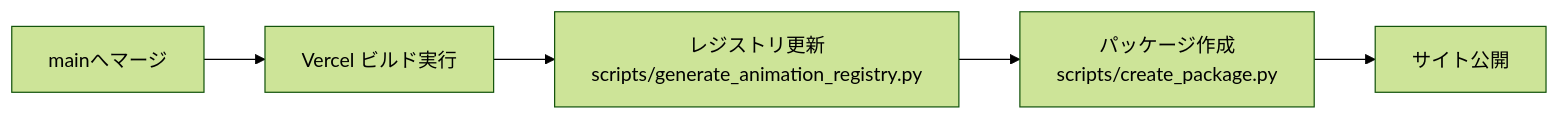
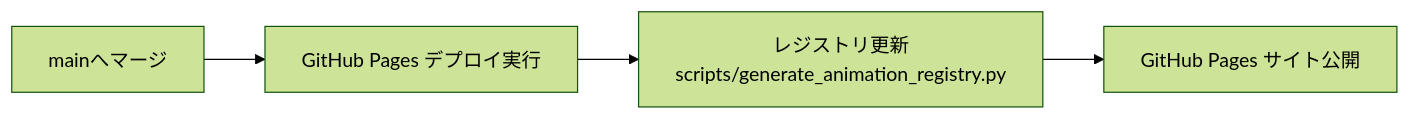
The third of 4 diagrams in docs/README_DEPLOY.md (masanori-satake/QuickLog-Solo), drawn with Mermaid (forest theme) before and after one commit. The commit also changed other lines of this file and 20 other files, not shown here.

````diff
--- a/docs/README_DEPLOY.md
+++ b/docs/README_DEPLOY.md
@@ -99,7 +98,6 @@
 ```mermaid
 graph LR
-    Trigger[mainへマージ] --> VercelBuild[Vercel ビルド実行]
-    VercelBuild --> Registry[レジストリ更新<br/>scripts/generate_animation_registry.py]
-    Registry --> Zip[パッケージ作成<br/>scripts/create_package.py]
-    Zip --> Deploy[サイト公開]
+    Trigger[mainへマージ] --> PagesBuild[GitHub Pages デプロイ実行]
+    PagesBuild --> Registry[レジストリ更新<br/>scripts/generate_animation_registry.py]
+    Registry --> Deploy[GitHub Pages サイト公開]
 ```
````
